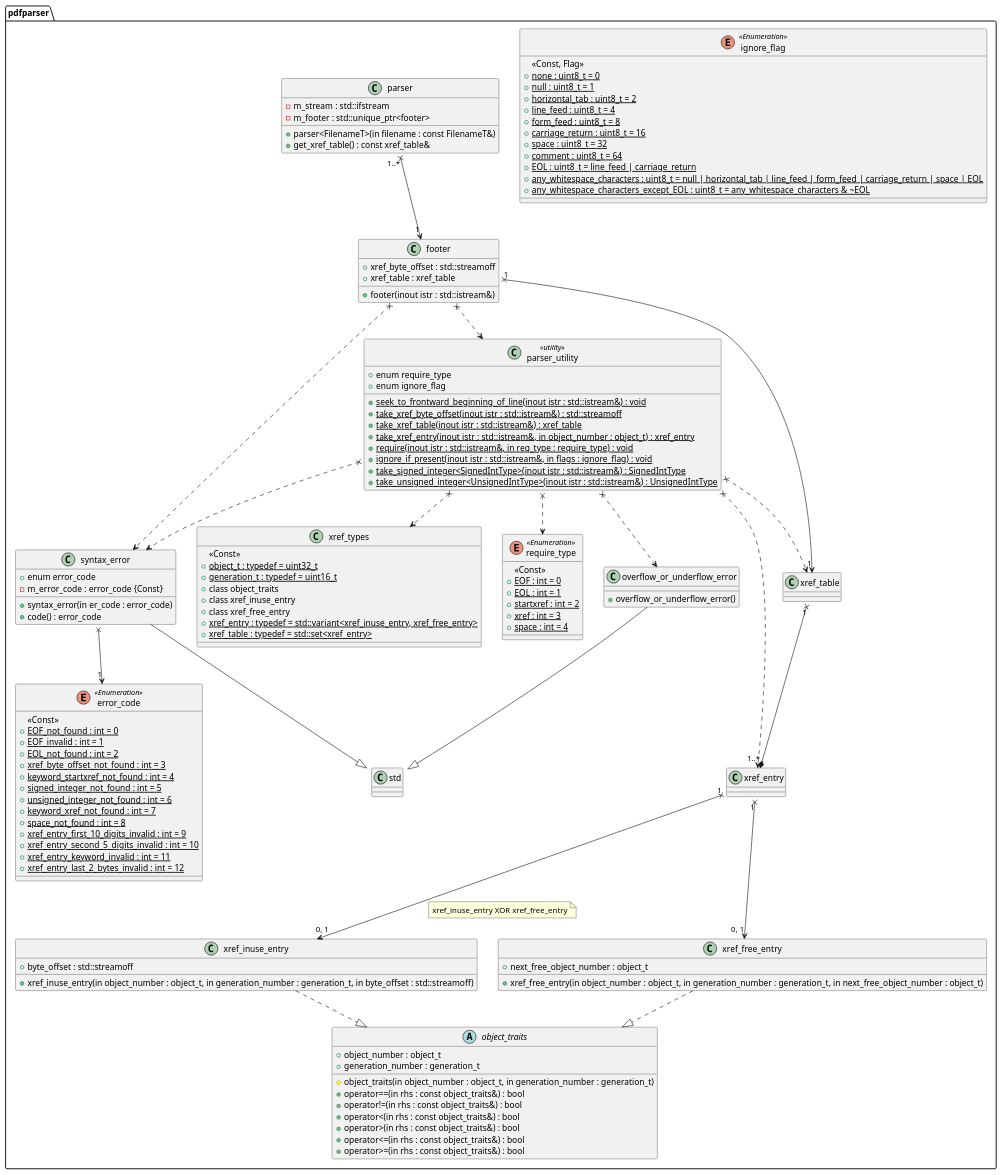
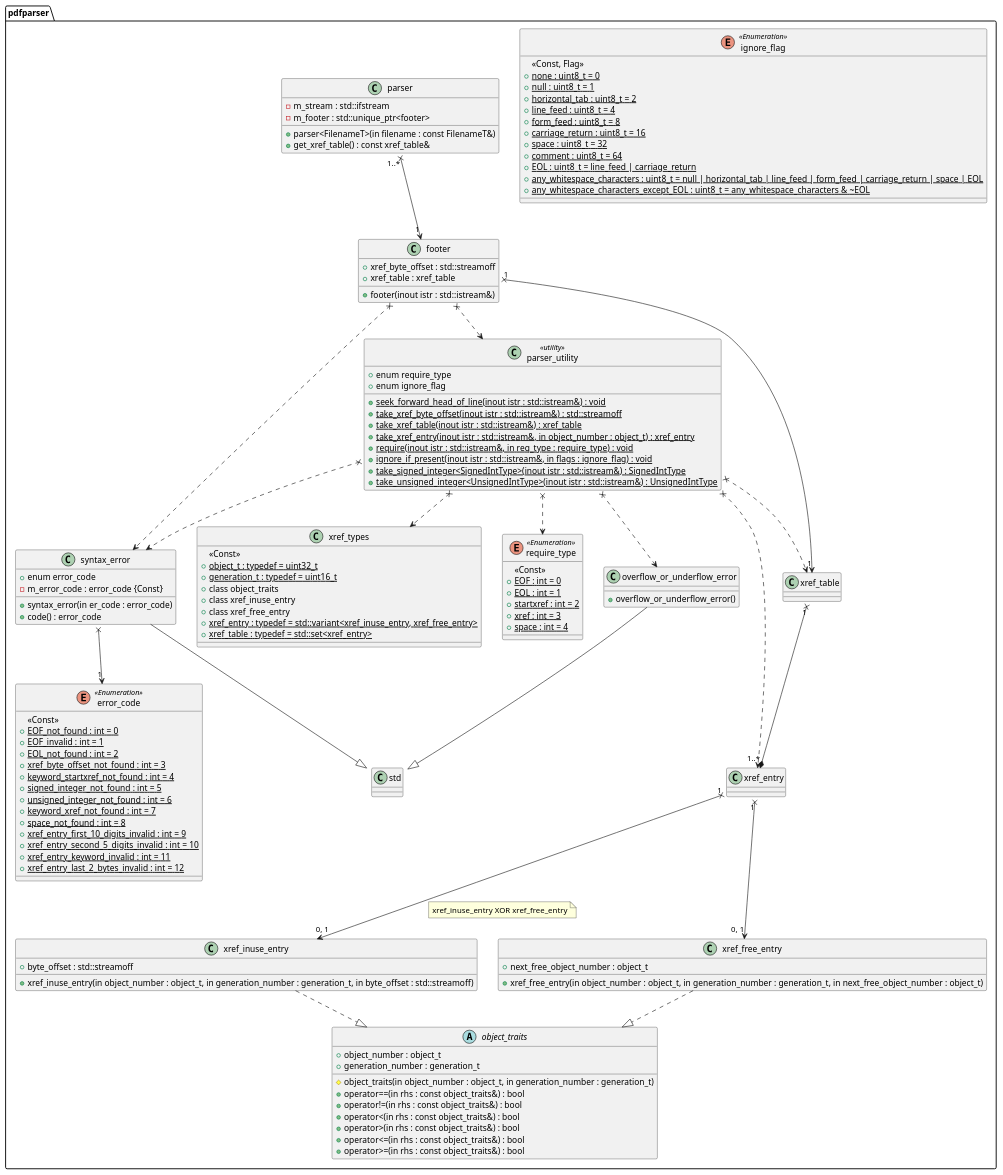
One commit to KodaiYM/PDFReader changed the diagram in document/parser.class.pu. Above: the diagram before and after it, drawn with PlantUML. The commit also changed 3 other files, not shown here.

Commit message:
wrote test(seek_forward_head_of_line, take_xref_table) and fix bugs

```diff
--- a/document/parser.class.pu
+++ b/document/parser.class.pu
@@ -1,138 +1,138 @@
 @startuml parser
 namespace pdfparser {
 enum require_type <<Enumeration>> {
 	<<Const>>
 	+{static} EOF : int = 0
 	+{static} EOL : int = 1
 	+{static} startxref : int = 2
 	+{static} xref : int = 3
 	+{static} space : int = 4
 }
 enum ignore_flag <<Enumeration>> {
 	<<Const, Flag>>
 	+{static} none : uint8_t = 0
 	+{static} null : uint8_t = 1
 	+{static} horizontal_tab : uint8_t = 2
 	+{static} line_feed : uint8_t = 4
 	+{static} form_feed : uint8_t = 8
 	+{static} carriage_return : uint8_t = 16
 	+{static} space : uint8_t = 32
 	+{static} comment : uint8_t = 64
 	+{static} EOL : uint8_t = line_feed | carriage_return
 	+{static} any_whitespace_characters : uint8_t = null | horizontal_tab | line_feed | form_feed | carriage_return | space | EOL
 	+{static} any_whitespace_characters_except_EOL : uint8_t = any_whitespace_characters & ~EOL
 }
 
 class parser {
 	-m_stream : std::ifstream
 	-m_footer : std::unique_ptr<footer>
 
 	+parser<FilenameT>(in filename : const FilenameT&)
 	+get_xref_table() : const xref_table&
 }
 parser "1..*" x--> "1" footer
 
 class footer {
 	+xref_byte_offset : std::streamoff
 	+xref_table : xref_table
 
 	+footer(inout istr : std::istream&)
 }
 footer x..> syntax_error
 footer x..> parser_utility
 footer "1" x--> "1" xref_table
 
 class parser_utility <<utility>> {
 	+enum require_type
 	+enum ignore_flag
 
-	+{static} seek_to_frontward_beginning_of_line(inout istr : std::istream&) : void
+	+{static} seek_forward_head_of_line(inout istr : std::istream&) : void
 	+{static} take_xref_byte_offset(inout istr : std::istream&) : std::streamoff
 	+{static} take_xref_table(inout istr : std::istream&) : xref_table
 	+{static} take_xref_entry(inout istr : std::istream&, in object_number : object_t) : xref_entry
 	+{static} require(inout istr : std::istream&, in req_type : require_type) : void
 	+{static} ignore_if_present(inout istr : std::istream&, in flags : ignore_flag) : void
 	+{static} take_signed_integer<SignedIntType>(inout istr : std::istream&) : SignedIntType
 	+{static} take_unsigned_integer<UnsignedIntType>(inout istr : std::istream&) : UnsignedIntType
 }
 parser_utility x..> require_type
 parser_utility x..> syntax_error
 parser_utility x..> overflow_or_underflow_error
 parser_utility x..> xref_table
 parser_utility x..> xref_entry
 parser_utility x..> xref_types
 
 enum error_code <<Enumeration>> {
 	<<Const>>
 	+{static} EOF_not_found : int = 0
 	+{static} EOF_invalid : int = 1
 	+{static} EOL_not_found : int = 2
 	+{static} xref_byte_offset_not_found : int = 3
 	+{static} keyword_startxref_not_found : int = 4
 	+{static} signed_integer_not_found : int = 5
 	+{static} unsigned_integer_not_found : int = 6
 	+{static} keyword_xref_not_found : int = 7
 	+{static} space_not_found : int = 8
 	+{static} xref_entry_first_10_digits_invalid : int = 9
 	+{static} xref_entry_second_5_digits_invalid : int = 10
 	+{static} xref_entry_keyword_invalid : int = 11
 	+{static} xref_entry_last_2_bytes_invalid : int = 12
 }
 class syntax_error {
 	+enum error_code
 	-m_error_code : error_code {Const}
 
 	+syntax_error(in er_code : error_code)
 	+code() : error_code
 }
 syntax_error --|> std::runtime_error
 syntax_error x--> "1" error_code
 
 class overflow_or_underflow_error {
 	+overflow_or_underflow_error()
 }
 overflow_or_underflow_error --|> std::runtime_error
 
 class xref_types {
 	<<Const>>
 	+{static} object_t : typedef = uint32_t
 	+{static} generation_t : typedef = uint16_t
 	+class object_traits
 	+class xref_inuse_entry
 	+class xref_free_entry
 	+{static} xref_entry : typedef = std::variant<xref_inuse_entry, xref_free_entry>
 	+{static} xref_table : typedef = std::set<xref_entry>
 }
 xref_table "1" x--* "1..*" xref_entry
 xref_entry "1" x--> "0, 1" xref_inuse_entry
 note right on link
 xref_inuse_entry XOR xref_free_entry
 end note
 xref_entry "1" x--> "0, 1" xref_free_entry
 
 abstract class object_traits {
 	+object_number : object_t
 	+generation_number : generation_t
 
 	#object_traits(in object_number : object_t, in generation_number : generation_t)
 	+operator==(in rhs : const object_traits&) : bool
 	+operator!=(in rhs : const object_traits&) : bool
 	+operator<(in rhs : const object_traits&) : bool
 	+operator>(in rhs : const object_traits&) : bool
 	+operator<=(in rhs : const object_traits&) : bool
 	+operator>=(in rhs : const object_traits&) : bool
 }
 
 class xref_inuse_entry {
 	+xref_inuse_entry(in object_number : object_t, in generation_number : generation_t, in byte_offset : std::streamoff)
 	+byte_offset : std::streamoff
 }
 xref_inuse_entry ..|> object_traits
 
 class xref_free_entry {
 	+xref_free_entry(in object_number : object_t, in generation_number : generation_t, in next_free_object_number : object_t)
 	+next_free_object_number : object_t
 }
 xref_free_entry ..|> object_traits
 }
 @enduml
```
